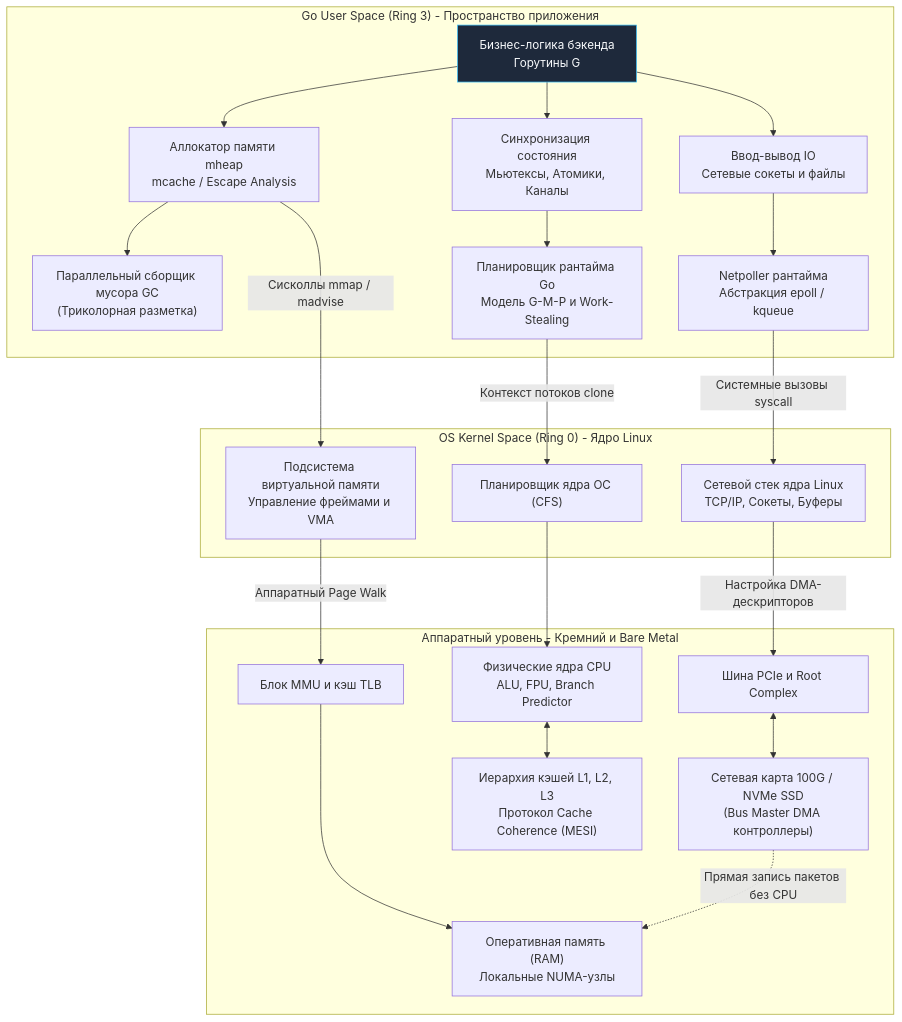
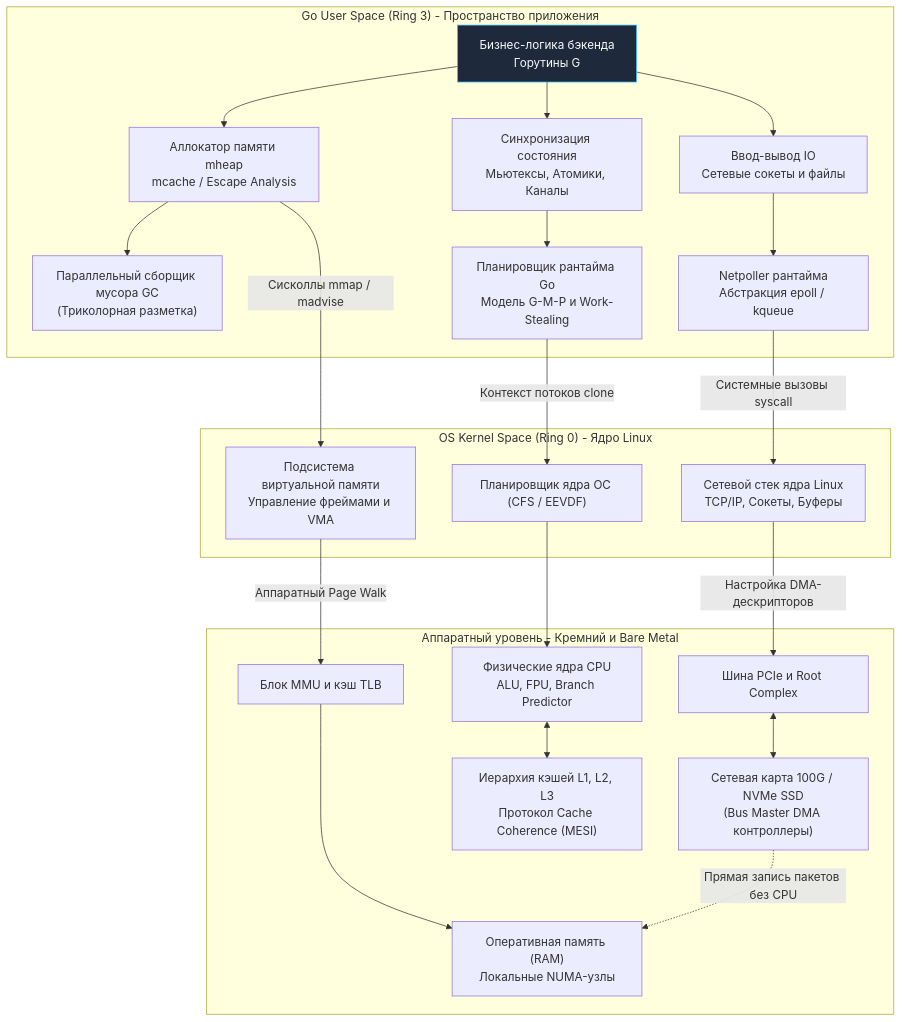
One commit to UnrealTemplier/go-textbook-ru changed the diagram in sources/1. Архитектура компьютера/41. Итоги раздела. Полная картина архитектуры компьютера для Go-разработчика.md. Above: the diagram before and after it, drawn with Mermaid. The commit also changed other lines of this file and 77 other files, not shown here.

````diff
--- a/sources/1. Архитектура компьютера/41. Итоги раздела. Полная картина архитектуры компьютера для Go-разработчика.md
+++ b/sources/1. Архитектура компьютера/41. Итоги раздела. Полная картина архитектуры компьютера для Go-разработчика.md
@@ -21,40 +21,40 @@
 ```mermaid
 flowchart TD
     classDef process  fill:#1e293b,stroke:#38bdf8,stroke-width:1px,color:#f8fafc
     classDef success  fill:#064e3b,stroke:#34d399,stroke-width:1px,color:#f8fafc
     classDef error    fill:#7f1d1d,stroke:#f87171,stroke-width:1px,color:#f8fafc
     classDef warning  fill:#78350f,stroke:#fbbf24,stroke-width:1px,color:#f8fafc
     classDef entry    fill:#1e3a5f,stroke:#38bdf8,stroke-width:2px,color:#f8fafc
     classDef aux      fill:#334155,stroke:#64748b,stroke-width:1px,color:#f8fafc
     classDef system   fill:#312e81,stroke:#a78bfa,stroke-width:1px,color:#f8fafc
     classDef data     fill:#132d29,stroke:#2dd4bf,stroke-width:1px,color:#f8fafc
     classDef network  fill:#881337,stroke:#fb7185,stroke-width:1px,color:#f8fafc
     classDef accent   fill:#1e1b4b,stroke:#818cf8,stroke-width:1px,color:#f8fafc
     subgraph GoSpace ["Go User Space (Ring 3) - Пространство приложения"]
         Code["Бизнес-логика бэкенда<br>Горутины G"]:::process --> Alloc["Аллокатор памяти mheap<br>mcache / Escape Analysis"]
         Code --> Sync["Синхронизация состояния<br>Мьютексы, Атомики, Каналы"]
         Code --> IO["Ввод-вывод IO<br>Сетевые сокеты и файлы"]
         
         Alloc --> GC["Параллельный сборщик мусора GC<br>(Триколорная разметка)"]
         Sync --> Sched["Планировщик рантайма Go<br>Модель G-M-P и Work-Stealing"]
         IO --> Netpoll["Netpoller рантайма<br>Абстракция epoll / kqueue"]
     end
     
     subgraph OSKernel ["OS Kernel Space (Ring 0) - Ядро Linux"]
-        Sched -->|Контекст потоков clone| OSP["Планировщик ядра ОС (CFS)"]
+        Sched -->|Контекст потоков clone| OSP["Планировщик ядра ОС (CFS / EEVDF)"]
         Netpoll -->|Системные вызовы syscall| NetStack["Сетевой стек ядра Linux<br>TCP/IP, Сокеты, Буферы"]
         Alloc -->|Сисколлы mmap / madvise| VMM["Подсистема виртуальной памяти<br>Управление фреймами и VMA"]
     end
     
     subgraph Hardware ["Аппаратный уровень - Кремний и Bare Metal"]
         OSP --> CPU["Физические ядра CPU<br>ALU, FPU, Branch Predictor"]
         CPU <--> L1L2["Иерархия кэшей L1, L2, L3<br>Протокол Cache Coherence (MESI)"]
         
         VMM -->|Аппаратный Page Walk| MMU["Блок MMU и кэш TLB"]
         MMU --> RAM["Оперативная память (RAM)<br>Локальные NUMA-узлы"]
         
         NetStack -->|Настройка DMA-дескрипторов| PCIe["Шина PCIe и Root Complex"]
         PCIe <--> NIC["Сетевая карта 100G / NVMe SSD<br>(Bus Master DMA контроллеры)"]
         NIC -.->|Прямая запись пакетов без CPU| RAM
     end
 ```
````
